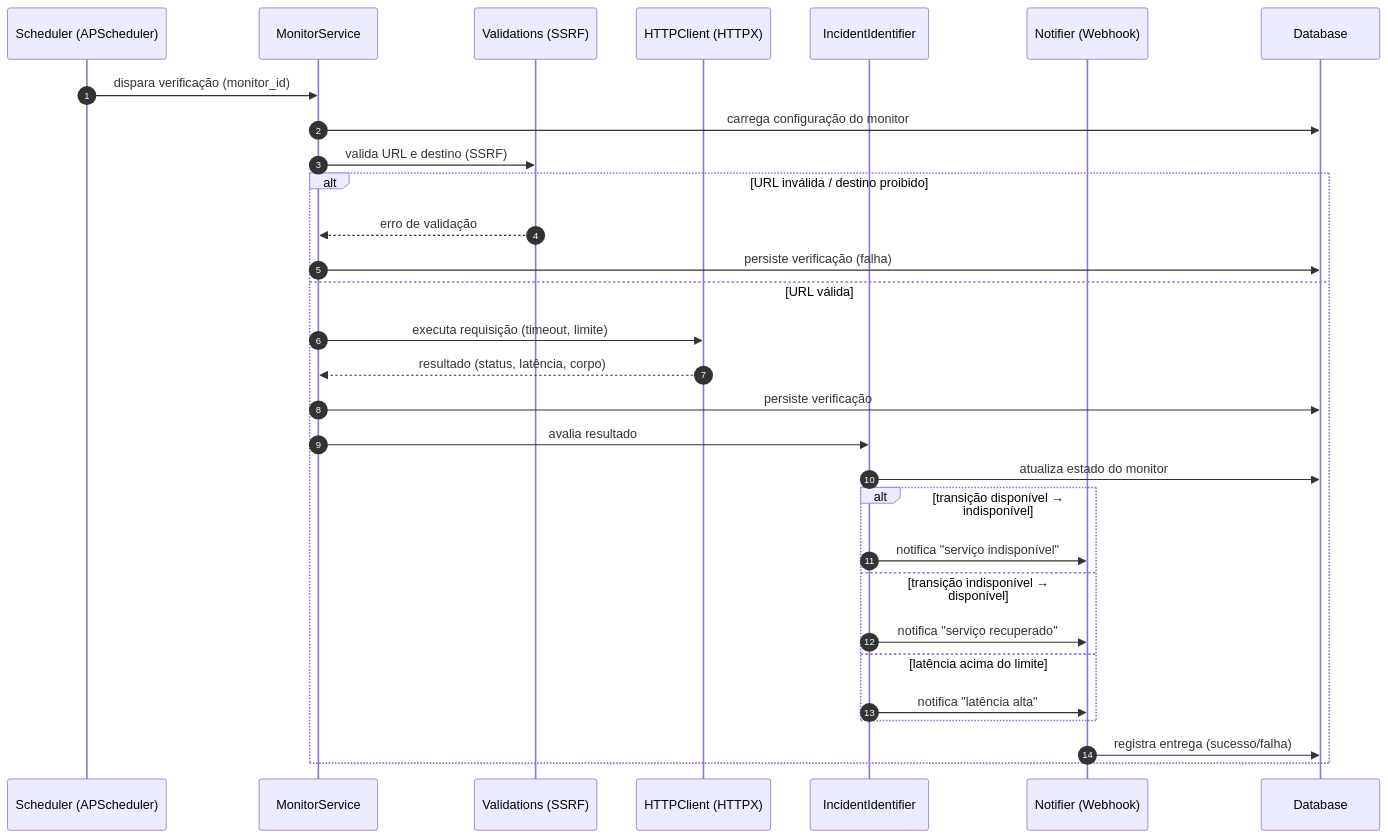
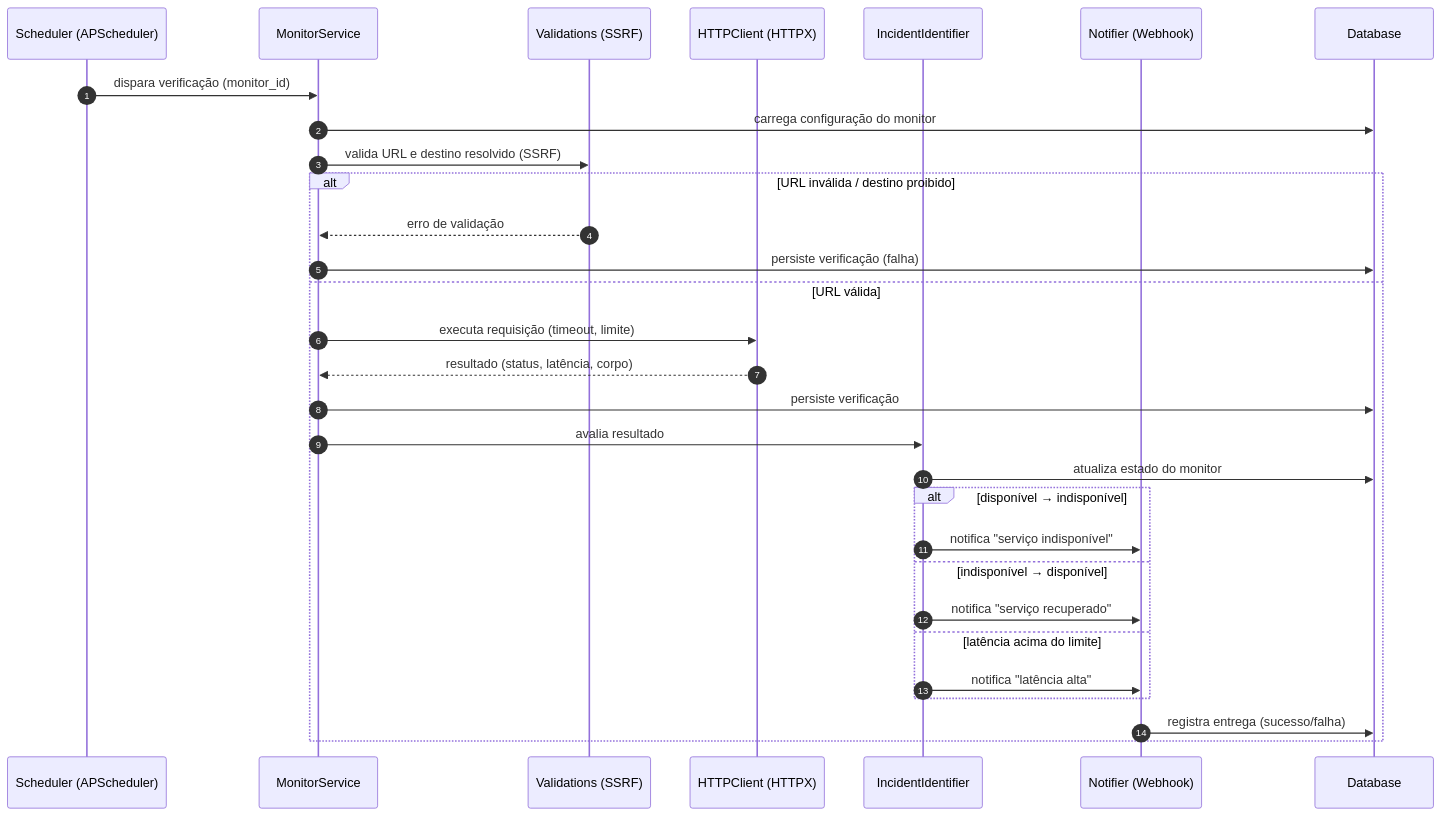
Before and after one commit to YohanVallier/BeaconOps: the sixth of 6 diagrams in README.md, drawn with Mermaid. The commit also changed other lines of this file, not shown here.

````diff
--- a/README.md
+++ b/README.md
@@ -279,33 +845,33 @@
-``` mermaid
+```mermaid
 sequenceDiagram
     autonumber
     participant S as Scheduler (APScheduler)
     participant M as MonitorService
     participant V as Validations (SSRF)
     participant H as HTTPClient (HTTPX)
     participant I as IncidentIdentifier
     participant N as Notifier (Webhook)
     participant D as Database
 
     S->>M: dispara verificação (monitor_id)
     M->>D: carrega configuração do monitor
-    M->>V: valida URL e destino (SSRF)
+    M->>V: valida URL e destino resolvido (SSRF)
     alt URL inválida / destino proibido
         V-->>M: erro de validação
         M->>D: persiste verificação (falha)
     else URL válida
         M->>H: executa requisição (timeout, limite)
         H-->>M: resultado (status, latência, corpo)
         M->>D: persiste verificação
         M->>I: avalia resultado
         I->>D: atualiza estado do monitor
-        alt transição disponível → indisponível
+        alt disponível → indisponível
             I->>N: notifica "serviço indisponível"
-        else transição indisponível → disponível
+        else indisponível → disponível
             I->>N: notifica "serviço recuperado"
         else latência acima do limite
             I->>N: notifica "latência alta"
         end
         N->>D: registra entrega (sucesso/falha)
     end
 ```
````
